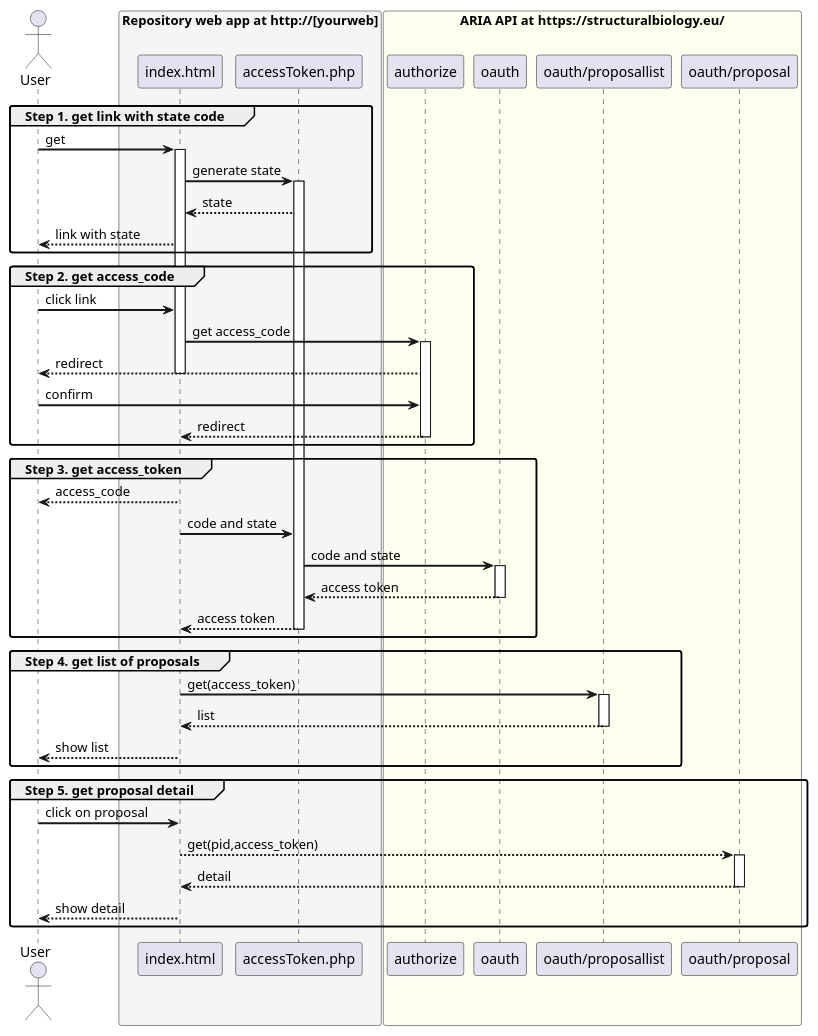
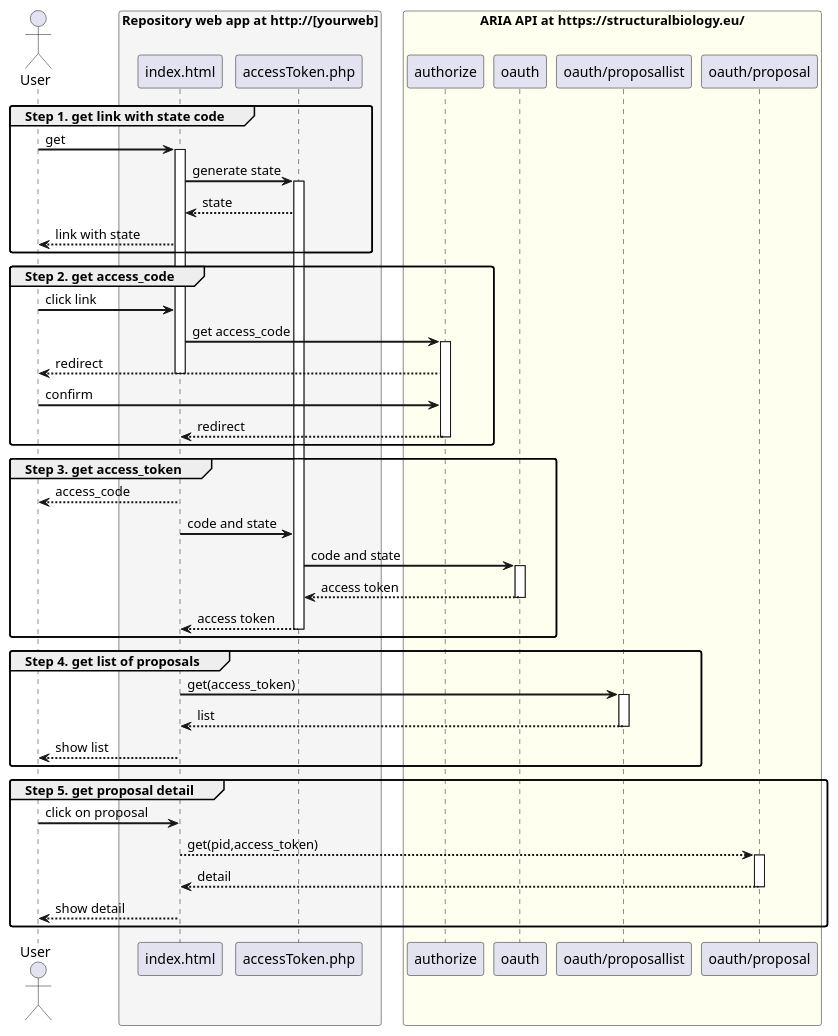
The diagram in repository/developers-guide/aria-integration.md (h2020-westlife-eu/westlife-docs), drawn with PlantUML before and after one commit.

Commit message:
Updates repository/developers-guide/aria-integration.md
Auto commit by GitBook Editor

```diff
--- a/repository/developers-guide/aria-integration.md
+++ b/repository/developers-guide/aria-integration.md
@@ -11,61 +11,62 @@
 {% plantuml %}
 skinparam sequenceArrowThickness 2
 skinparam roundcorner 5
-skinparam shadowing false
+skinparam BoxPadding 10
+skinparam SequenceGroupBodyBackgroundColor transparent
 
 actor User
 box "Repository web app at http://[yourweb]" #WhiteSmoke
   participant "index.html" as index
   participant "accessToken.php" as php
 end box
 box "ARIA API at https://structuralbiology.eu/" #Ivory
 participant "authorize" as authorize
 participant "oauth" as oauth
 participant "oauth/proposallist" as list
 participant "oauth/proposal" as proposal
 end box
 group Step 1. get link with state code
   User -> index: get
   activate index
   index -> php: generate state
   activate php
   php --> index: state
   index --> User: link with state
 end
 group Step 2. get access_code
   User -> index: click link
   index -> authorize: get access_code
   activate authorize
   authorize --> User: redirect
   deactivate index
   User -> authorize: confirm 
   authorize --> index: redirect
   deactivate authorize
 end
 group Step 3. get access_token
   activate index
   index --> User: access_code
   index -> php: code and state
   php -> oauth: code and state
   activate oauth
   oauth --> php: access token
   deactivate oauth
   php --> index: access token
   deactivate php
 end
 group Step 4. get list of proposals
   index -> list: get(access_token)
   activate list
   list --> index: list
   deactivate list
   index --> User: show list
 end
 group Step 5. get proposal detail
   User -> index: click on proposal
   index --> proposal: get(pid,access_token)
   activate proposal
   proposal --> index: detail
   deactivate proposal
   index --> User: show detail
 end
 {% endplantuml %}
```
